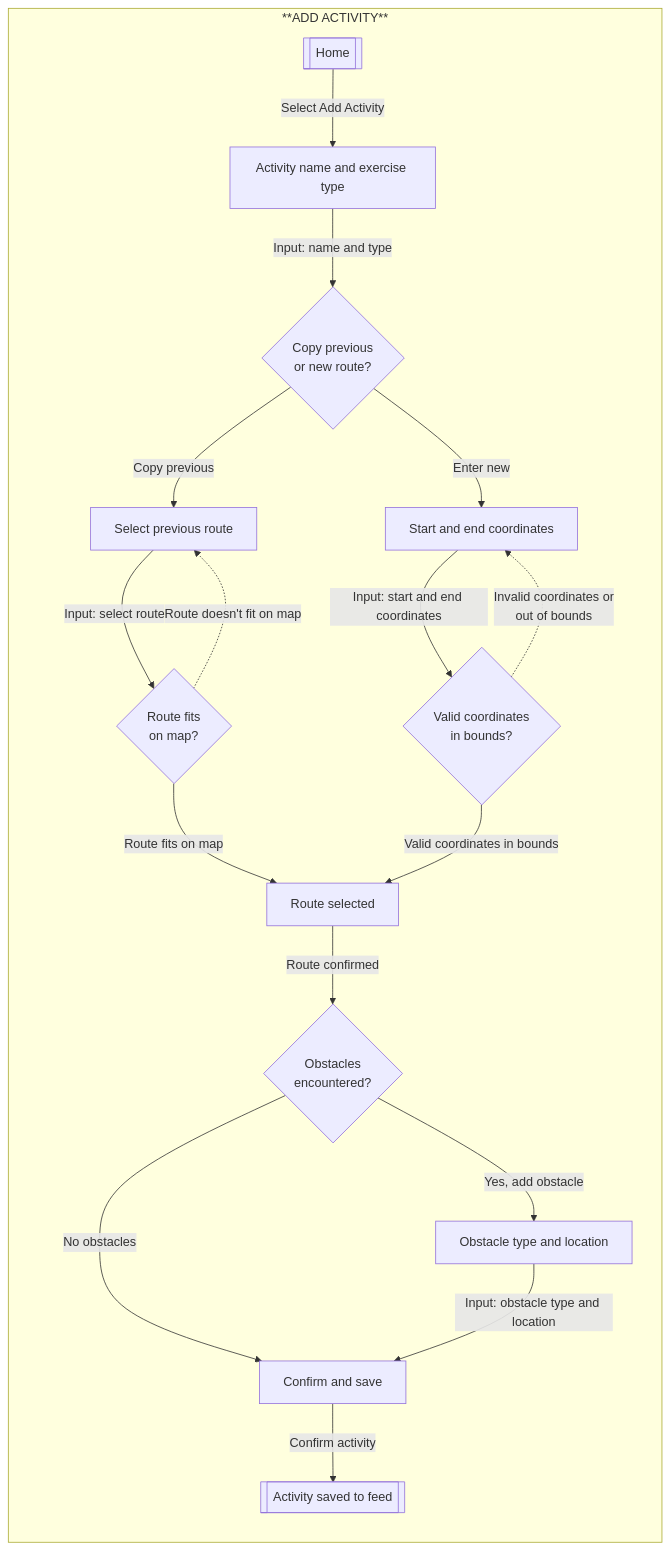
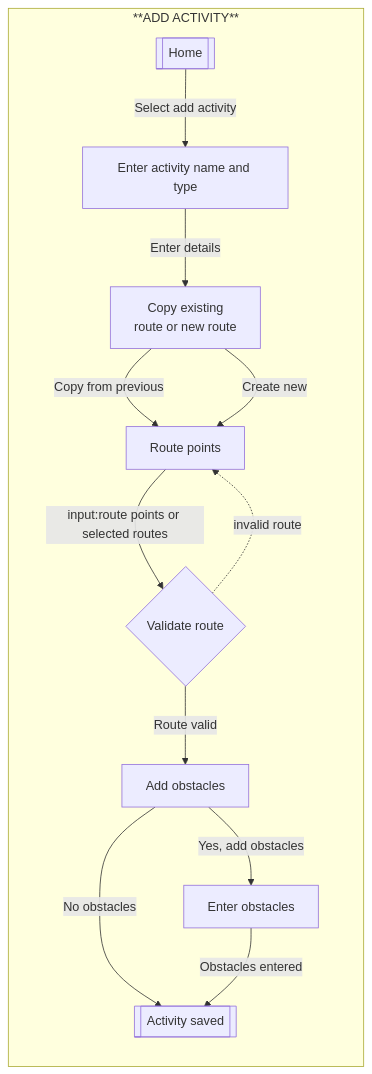
One commit to Karan4248/Exercise-Tracker changed the fifth of 8 diagrams in README.md. Above: the diagram before and after it, drawn with Mermaid. The commit also changed other lines of this file, not shown here.

````diff
--- a/README.md
+++ b/README.md
@@ -97,43 +87,25 @@
 ```mermaid
 flowchart
   subgraph **ADD ACTIVITY**
     direction TB
     start[[Home]]
-    action["Activity name and exercise type"]
+    info["Enter activity name and type"]
+    route["Copy existing<br/>route or new route"]
+    input["Route points"]
+    obs["Add obstacles"]
+    addobs["Enter obstacles"]
+    validate{Validate route}
+    success[[Activity saved]]
+    start -- Select add activity --> info
+    info -- Enter details --> route
+    route -- Copy from previous --> input
+    route -- Create new --> input
+    input -- input:route points or selected routes -->validate
+    validate -. invalid route .-> input
+    validate -- Route valid --> obs
     
-    routeChoice{Copy previous<br/>or new route?}
-    
-    copyRoute["Select previous route"]
-    newRoute["Start and end coordinates"]
-    
-    copyCheck{Route fits<br/>on map?}
-    newCheck{Valid coordinates<br/>in bounds?}
-    
-    selectRoute["Route selected"]
-    
-    obstacleChoice{Obstacles<br/>encountered?}
-    
-    addObs["Obstacle type and location"]
-    
-    confirm["Confirm and save"]
-    success[[Activity saved to feed]]
-    
-    start -- "Select Add Activity" --> action
-    action -- "Input: name and type" --> routeChoice
-    routeChoice -- "Copy previous" --> copyRoute
-    copyRoute -- "Input: select route" --> copyCheck
-    copyCheck -. "Route doesn't fit on map" .-> copyRoute
-    copyCheck -- "Route fits on map" --> selectRoute
-    
-    routeChoice -- "Enter new" --> newRoute
-    newRoute -- "Input: start and end coordinates" --> newCheck
-    newCheck -. "Invalid coordinates or<br/>out of bounds" .-> newRoute
-    newCheck -- "Valid coordinates in bounds" --> selectRoute
-    
-    selectRoute -- "Route confirmed" --> obstacleChoice
-    obstacleChoice -- "Yes, add obstacle" --> addObs
-    obstacleChoice -- "No obstacles" --> confirm
-    addObs -- "Input: obstacle type and location" --> confirm
-    confirm -- "Confirm activity" --> success
+    obs -- Yes, add obstacles --> addobs
+    obs -- No obstacles --> success
+    addobs -- Obstacles entered --> success
   end
 ```
````
